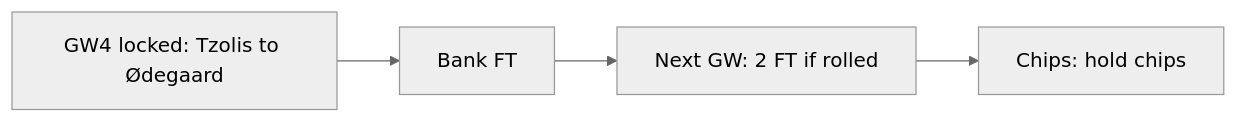
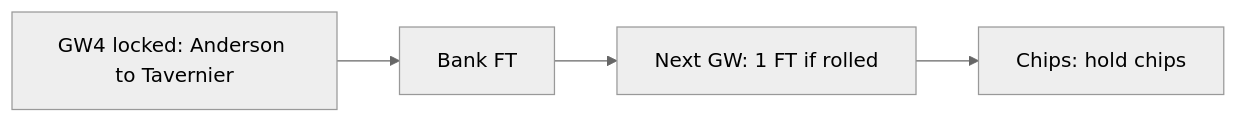
One commit to domagojpoljancic/FPLexpert changed the second of 4 diagrams in reports/plan-gw4.md. Above: the diagram before and after it, drawn with Mermaid (neutral theme). The commit also changed other lines of this file and 2 other files, not shown here.

````diff
--- a/reports/plan-gw4.md
+++ b/reports/plan-gw4.md
@@ -31,10 +31,10 @@
 ```mermaid
 flowchart LR
-    A["GW4 locked: Tzolis to Ødegaard"]
+    A["GW4 locked: Anderson to Tavernier"]
     B["Bank FT"]
-    C["Next GW: 2 FT if rolled"]
+    C["Next GW: 1 FT if rolled"]
     D["Chips: hold chips"]
     A --> B
     B --> C
     C --> D
 ```
````
